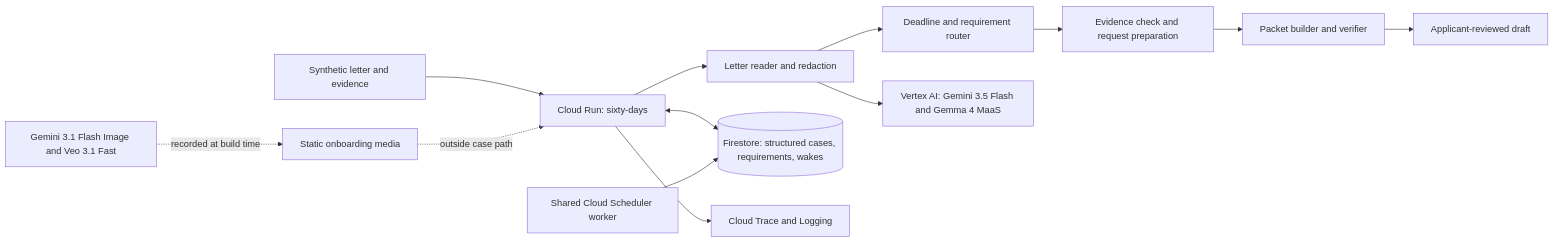
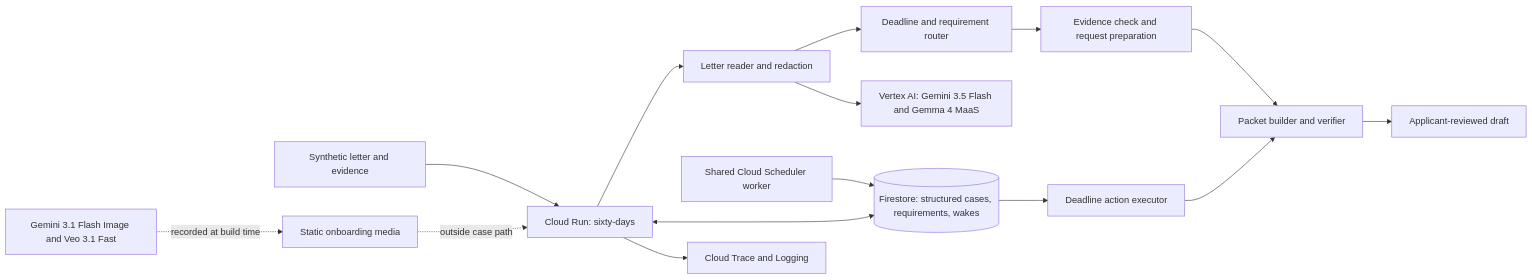
Before and after one commit to usv240/sixty-days: the diagram in README.md, drawn with Mermaid. The commit also changed other lines of this file and 20 other files, not shown here.

````diff
--- a/README.md
+++ b/README.md
@@ -72,15 +72,17 @@
 ```mermaid
 flowchart LR
     A[Synthetic letter and evidence] --> B[Cloud Run: sixty-days]
     B --> L[Letter reader and redaction]
     L --> D[Deadline and requirement router]
     D --> E[Evidence check and request preparation]
     E --> P[Packet builder and verifier]
     B <--> F[(Firestore: structured cases, requirements, wakes)]
     L --> V[Vertex AI: Gemini 3.5 Flash and Gemma 4 MaaS]
     S[Shared Cloud Scheduler worker] --> F
+    F --> X[Deadline action executor]
+    X --> P
     B --> T[Cloud Trace and Logging]
     P --> H[Applicant-reviewed draft]
     M[Gemini 3.1 Flash Image and Veo 3.1 Fast] -. recorded at build time .-> O[Static onboarding media]
     O -. outside case path .-> B
 ```
````
